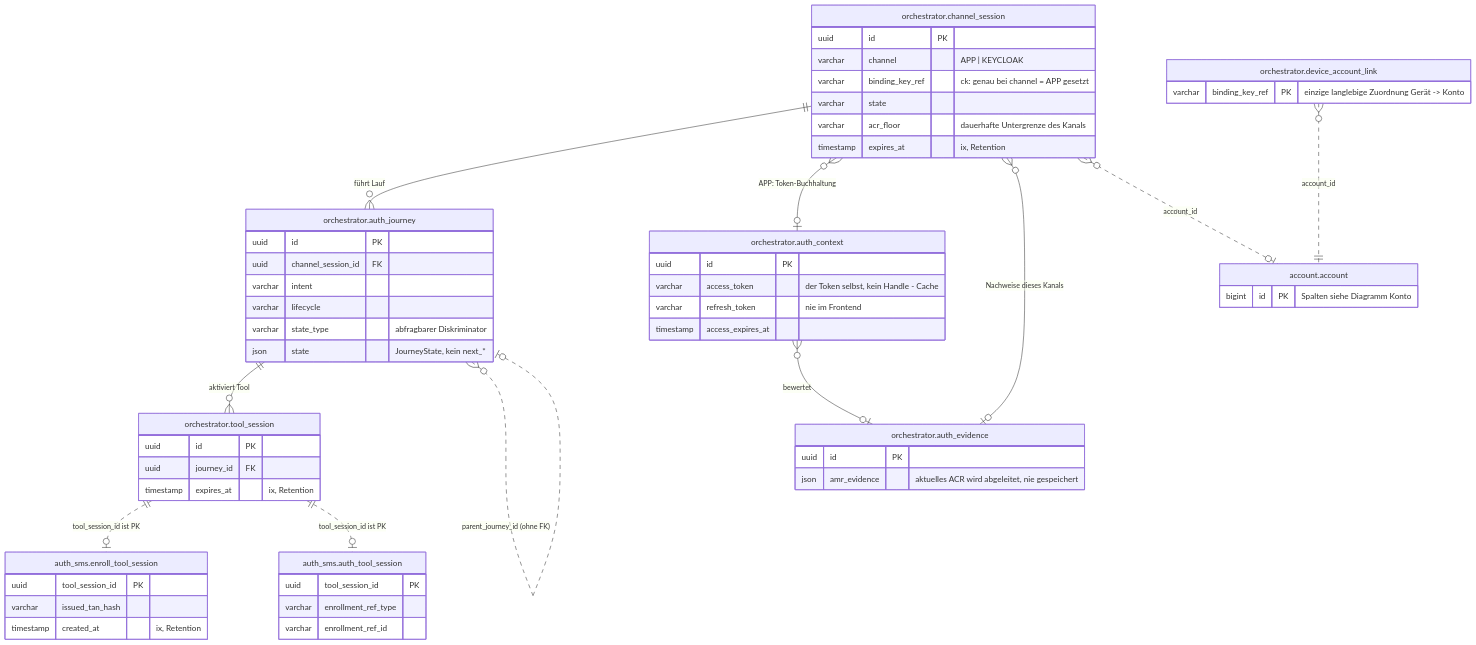
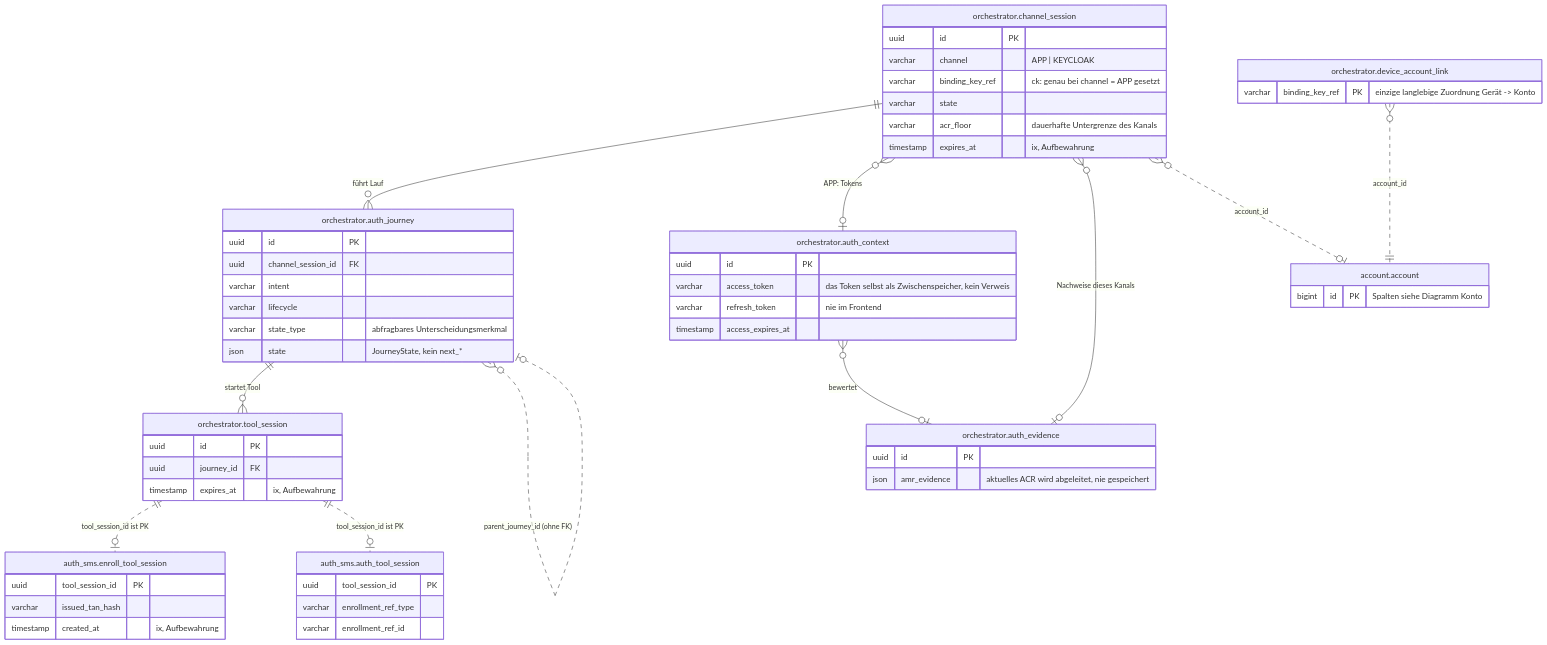
One commit to rpreissel/DPoP-demo changed the fifth of 5 diagrams in docs/02-domaenenmodell.md. Above: the diagram before and after it, drawn with Mermaid. The commit also changed other lines of this file and 67 other files, not shown here.

````diff
--- a/docs/02-domaenenmodell.md
+++ b/docs/02-domaenenmodell.md
@@ -265,61 +412,61 @@
 ```mermaid
 erDiagram
   orchestrator.channel_session ||--o{ orchestrator.auth_journey : "führt Lauf"
-  orchestrator.auth_journey ||--o{ orchestrator.tool_session : "aktiviert Tool"
-  orchestrator.channel_session }o--o| orchestrator.auth_context : "APP: Token-Buchhaltung"
+  orchestrator.auth_journey ||--o{ orchestrator.tool_session : "startet Tool"
+  orchestrator.channel_session }o--o| orchestrator.auth_context : "APP: Tokens"
   orchestrator.channel_session }o--o| orchestrator.auth_evidence : "Nachweise dieses Kanals"
   orchestrator.auth_context }o--o| orchestrator.auth_evidence : "bewertet"
   orchestrator.auth_journey }o..o| orchestrator.auth_journey : "parent_journey_id (ohne FK)"
   orchestrator.tool_session ||..o| auth_sms.enroll_tool_session : "tool_session_id ist PK"
   orchestrator.tool_session ||..o| auth_sms.auth_tool_session : "tool_session_id ist PK"
   orchestrator.channel_session }o..o| account.account : "account_id"
   orchestrator.device_account_link }o..|| account.account : "account_id"
 
   orchestrator.channel_session {
     uuid id PK
     varchar channel "APP | KEYCLOAK"
     varchar binding_key_ref "ck: genau bei channel = APP gesetzt"
     varchar state
     varchar acr_floor "dauerhafte Untergrenze des Kanals"
-    timestamp expires_at "ix, Retention"
+    timestamp expires_at "ix, Aufbewahrung"
   }
   orchestrator.auth_journey {
     uuid id PK
     uuid channel_session_id FK
     varchar intent
     varchar lifecycle
-    varchar state_type "abfragbarer Diskriminator"
+    varchar state_type "abfragbares Unterscheidungsmerkmal"
     json state "JourneyState, kein next_*"
   }
   orchestrator.tool_session {
     uuid id PK
     uuid journey_id FK
-    timestamp expires_at "ix, Retention"
+    timestamp expires_at "ix, Aufbewahrung"
   }
   orchestrator.auth_context {
     uuid id PK
-    varchar access_token "der Token selbst, kein Handle - Cache"
+    varchar access_token "das Token selbst als Zwischenspeicher, kein Verweis"
     varchar refresh_token "nie im Frontend"
     timestamp access_expires_at
   }
   orchestrator.auth_evidence {
     uuid id PK
     json amr_evidence "aktuelles ACR wird abgeleitet, nie gespeichert"
   }
   orchestrator.device_account_link {
     varchar binding_key_ref PK "einzige langlebige Zuordnung Gerät -> Konto"
   }
   account.account {
     bigint id PK "Spalten siehe Diagramm Konto"
   }
   auth_sms.enroll_tool_session {
     uuid tool_session_id PK
     varchar issued_tan_hash
-    timestamp created_at "ix, Retention"
+    timestamp created_at "ix, Aufbewahrung"
   }
   auth_sms.auth_tool_session {
     uuid tool_session_id PK
     varchar enrollment_ref_type
     varchar enrollment_ref_id
   }
 ```
````
